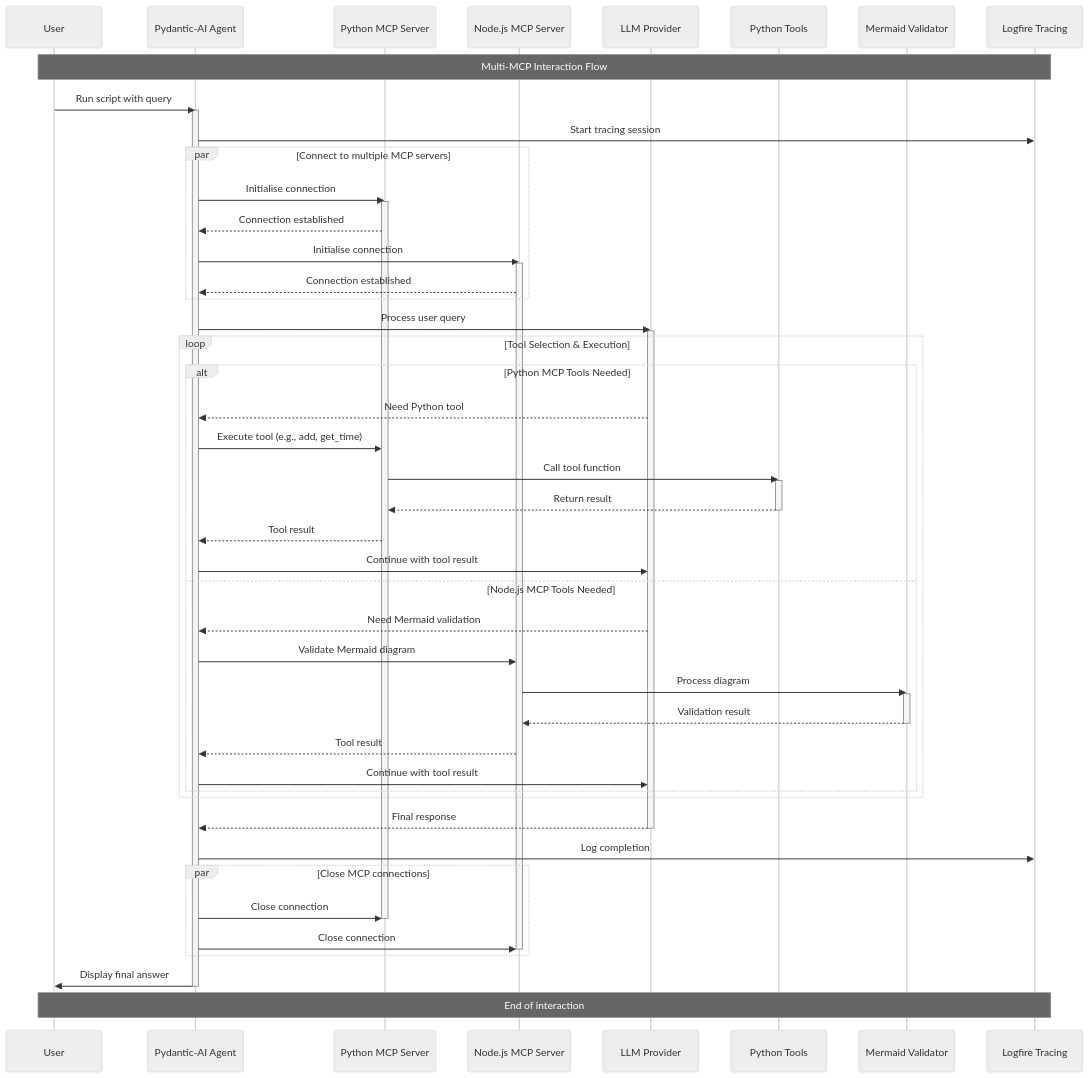
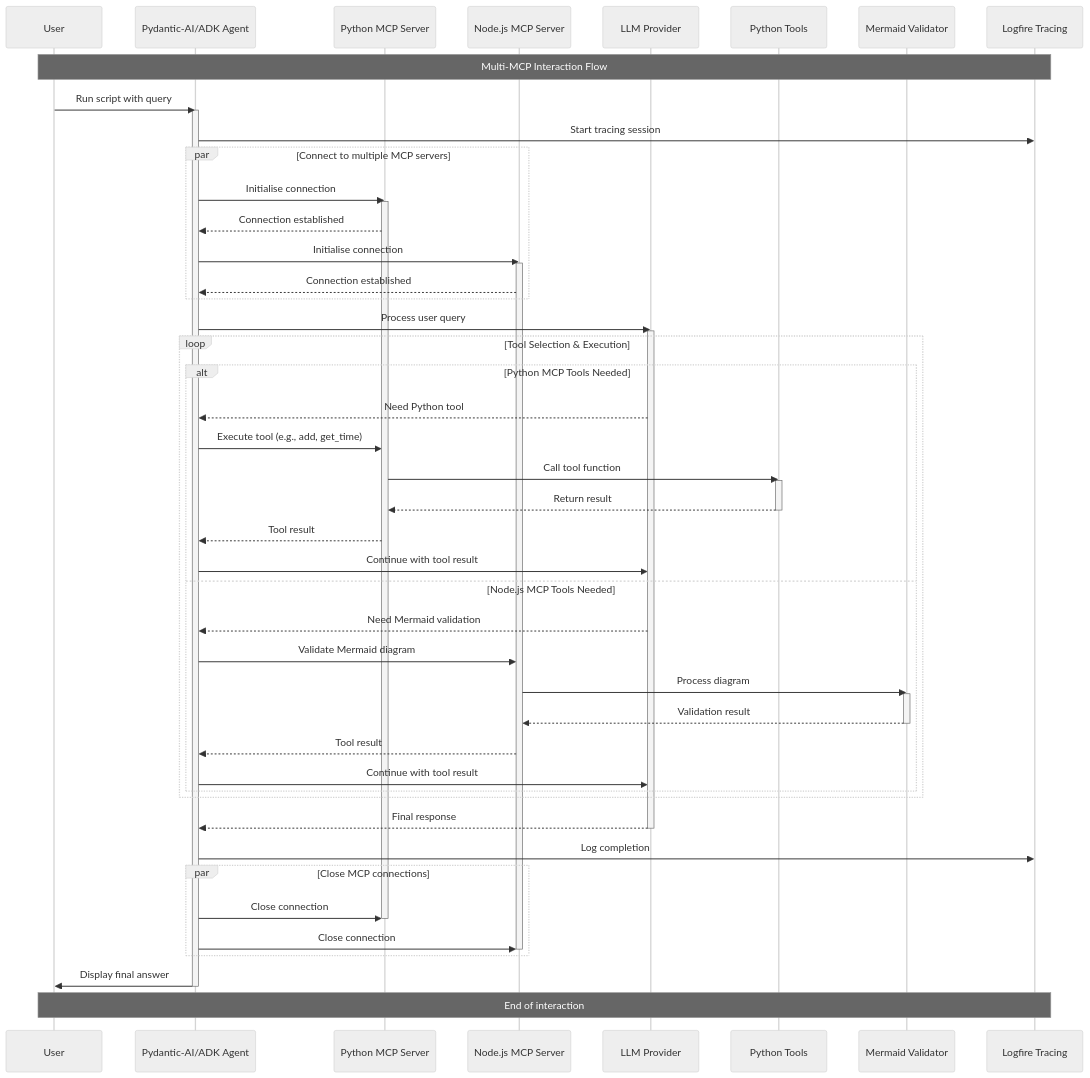
One commit to andrewginns/agents-mcp-usage changed the second of 2 diagrams in agents_mcp_usage/multi_mcp/README.md. Above: the diagram before and after it, drawn with Mermaid (neutral theme). The commit also changed other lines of this file and 1 other file, not shown here.

Commit message:
feat: Add Google ADK multi-mcp agent

````diff
--- a/agents_mcp_usage/multi_mcp/README.md
+++ b/agents_mcp_usage/multi_mcp/README.md
@@ -93,70 +96,70 @@
 ```mermaid
 sequenceDiagram
     participant User
-    participant Agent as Pydantic-AI Agent
+    participant Agent as Pydantic-AI/ADK Agent
     participant PyMCP as Python MCP Server
     participant NodeMCP as Node.js MCP Server
     participant LLM as LLM Provider
     participant PyTools as Python Tools
     participant NodeTools as Mermaid Validator
     participant Logfire as Logfire Tracing
     
     Note over User,Logfire: Multi-MCP Interaction Flow
     
     User->>Agent: Run script with query
     
     activate Agent
     Agent->>Logfire: Start tracing session
     
     par Connect to multiple MCP servers
         Agent->>PyMCP: Initialise connection
         activate PyMCP
         PyMCP-->>Agent: Connection established
         
         Agent->>NodeMCP: Initialise connection
         activate NodeMCP
         NodeMCP-->>Agent: Connection established
     end
     
     Agent->>LLM: Process user query
     activate LLM
     
     loop Tool Selection & Execution
         alt Python MCP Tools Needed
             LLM-->>Agent: Need Python tool
             Agent->>PyMCP: Execute tool (e.g., add, get_time)
             PyMCP->>PyTools: Call tool function
             activate PyTools
             PyTools-->>PyMCP: Return result
             deactivate PyTools
             PyMCP-->>Agent: Tool result
             Agent->>LLM: Continue with tool result
         else Node.js MCP Tools Needed
             LLM-->>Agent: Need Mermaid validation
             Agent->>NodeMCP: Validate Mermaid diagram
             NodeMCP->>NodeTools: Process diagram
             activate NodeTools
             NodeTools-->>NodeMCP: Validation result
             deactivate NodeTools
             NodeMCP-->>Agent: Tool result
             Agent->>LLM: Continue with tool result
         end
     end
     
     LLM-->>Agent: Final response
     deactivate LLM
     
     Agent->>Logfire: Log completion
     
     par Close MCP connections
         Agent->>PyMCP: Close connection
         deactivate PyMCP
         Agent->>NodeMCP: Close connection
         deactivate NodeMCP
     end
     
     Agent->>User: Display final answer
     deactivate Agent
     
     Note over User,Logfire: End of interaction
 ```
````
